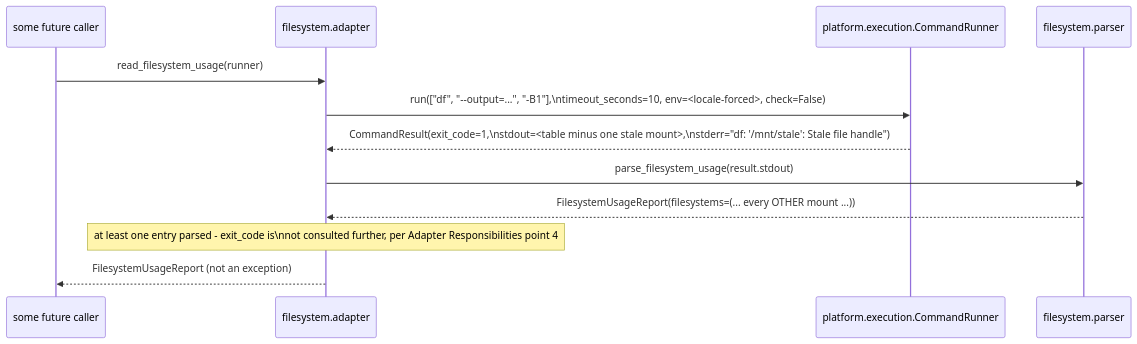
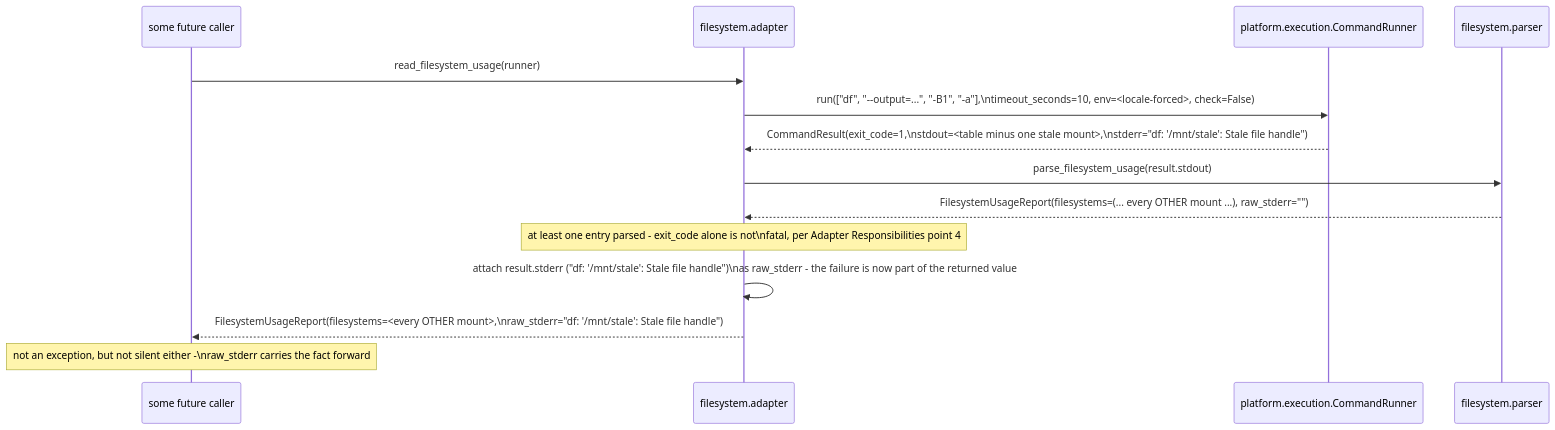
Before and after one commit to nino79/batoi-classroom-suite: the fifth of 5 diagrams in docs/FILESYSTEM_ADAPTER.md, drawn with Mermaid. The commit also changed other lines of this file, not shown here.

Commit message:
Implement code changes to enhance functionality and improve performance

````diff
--- a/docs/FILESYSTEM_ADAPTER.md
+++ b/docs/FILESYSTEM_ADAPTER.md
@@ -299,15 +319,17 @@
 ```mermaid
 sequenceDiagram
     participant Caller as some future caller
     participant Adapter as filesystem.adapter
     participant Runner as platform.execution.CommandRunner
     participant Parser as filesystem.parser
 
     Caller->>Adapter: read_filesystem_usage(runner)
-    Adapter->>Runner: run(["df", "--output=...", "-B1"],\ntimeout_seconds=10, env=<locale-forced>, check=False)
+    Adapter->>Runner: run(["df", "--output=...", "-B1", "-a"],\ntimeout_seconds=10, env=<locale-forced>, check=False)
     Runner-->>Adapter: CommandResult(exit_code=1,\nstdout=<table minus one stale mount>,\nstderr="df: '/mnt/stale': Stale file handle")
     Adapter->>Parser: parse_filesystem_usage(result.stdout)
-    Parser-->>Adapter: FilesystemUsageReport(filesystems=(... every OTHER mount ...))
-    Note over Adapter: at least one entry parsed - exit_code is\nnot consulted further, per Adapter Responsibilities point 4
-    Adapter-->>Caller: FilesystemUsageReport (not an exception)
+    Parser-->>Adapter: FilesystemUsageReport(filesystems=(... every OTHER mount ...), raw_stderr="")
+    Note over Adapter: at least one entry parsed - exit_code alone is not\nfatal, per Adapter Responsibilities point 4
+    Adapter->>Adapter: attach result.stderr ("df: '/mnt/stale': Stale file handle")\nas raw_stderr - the failure is now part of the returned value
+    Adapter-->>Caller: FilesystemUsageReport(filesystems=<every OTHER mount>,\nraw_stderr="df: '/mnt/stale': Stale file handle")
+    Note over Caller: not an exception, but not silent either -\nraw_stderr carries the fact forward
 ```
````
